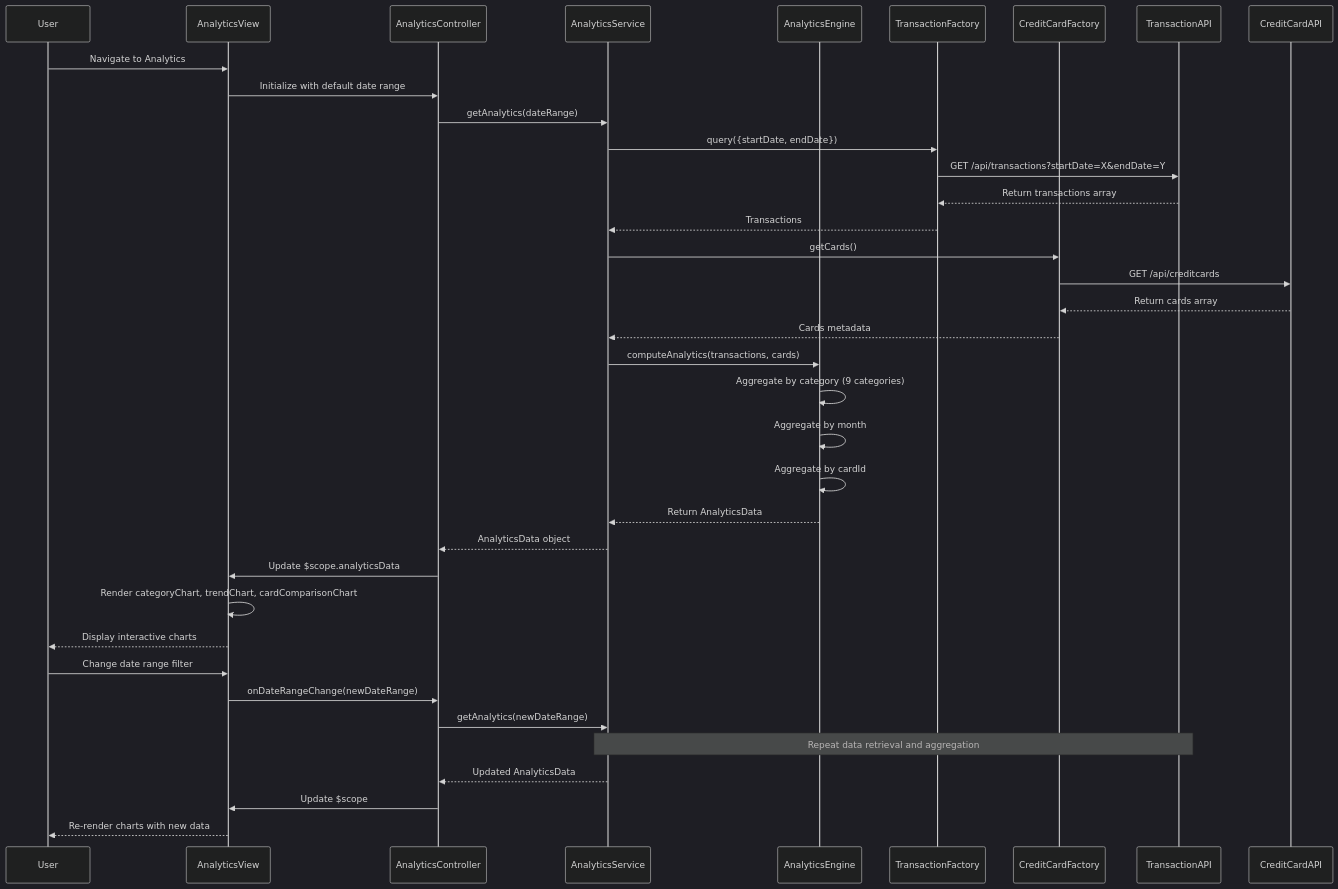
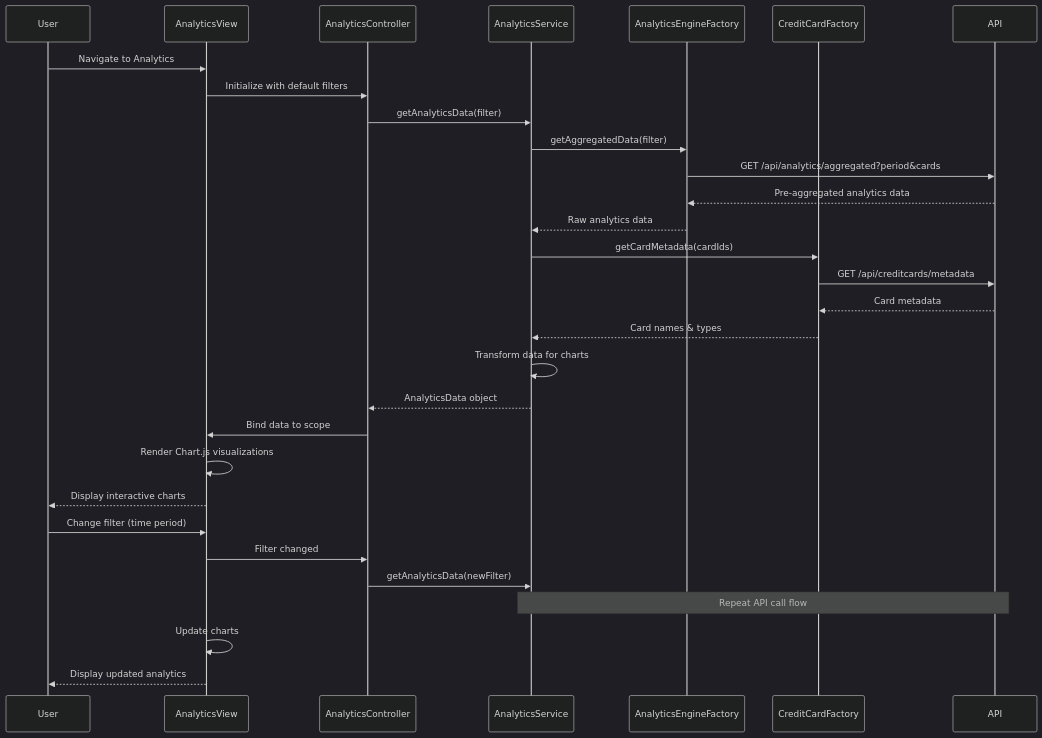
The diagram in LLD/QE-4645_LLD.md (Davamani-git/APB_Demo), drawn with Mermaid (dark theme) before and after one commit. The commit also changed other lines of this file and 2 other files, not shown here.

````diff
--- a/LLD/QE-4645_LLD.md
+++ b/LLD/QE-4645_LLD.md
@@ -105,40 +103,33 @@
 ```mermaid
 sequenceDiagram
     participant User
     participant AnalyticsView
     participant AnalyticsController
     participant AnalyticsService
-    participant AnalyticsEngine
-    participant TransactionFactory
+    participant AnalyticsEngineFactory
     participant CreditCardFactory
-    participant TransactionAPI
-    participant CreditCardAPI
+    participant API
 
     User->>AnalyticsView: Navigate to Analytics
-    AnalyticsView->>AnalyticsController: Initialize with default date range
-    AnalyticsController->>AnalyticsService: getAnalytics(dateRange)
-    AnalyticsService->>TransactionFactory: query({startDate, endDate})
-    TransactionFactory->>TransactionAPI: GET /api/transactions?startDate=X&endDate=Y
-    TransactionAPI-->>TransactionFactory: Return transactions array
-    TransactionFactory-->>AnalyticsService: Transactions
-    AnalyticsService->>CreditCardFactory: getCards()
-    CreditCardFactory->>CreditCardAPI: GET /api/creditcards
-    CreditCardAPI-->>CreditCardFactory: Return cards array
-    CreditCardFactory-->>AnalyticsService: Cards metadata
-    AnalyticsService->>AnalyticsEngine: computeAnalytics(transactions, cards)
-    AnalyticsEngine->>AnalyticsEngine: Aggregate by category (9 categories)
-    AnalyticsEngine->>AnalyticsEngine: Aggregate by month
-    AnalyticsEngine->>AnalyticsEngine: Aggregate by cardId
-    AnalyticsEngine-->>AnalyticsService: Return AnalyticsData
+    AnalyticsView->>AnalyticsController: Initialize with default filters
+    AnalyticsController->>AnalyticsService: getAnalyticsData(filter)
+    AnalyticsService->>AnalyticsEngineFactory: getAggregatedData(filter)
+    AnalyticsEngineFactory->>API: GET /api/analytics/aggregated?period&cards
+    API-->>AnalyticsEngineFactory: Pre-aggregated analytics data
+    AnalyticsEngineFactory-->>AnalyticsService: Raw analytics data
+    AnalyticsService->>CreditCardFactory: getCardMetadata(cardIds)
+    CreditCardFactory->>API: GET /api/creditcards/metadata
+    API-->>CreditCardFactory: Card metadata
+    CreditCardFactory-->>AnalyticsService: Card names & types
+    AnalyticsService->>AnalyticsService: Transform data for charts
     AnalyticsService-->>AnalyticsController: AnalyticsData object
-    AnalyticsController->>AnalyticsView: Update $scope.analyticsData
-    AnalyticsView->>AnalyticsView: Render categoryChart, trendChart, cardComparisonChart
+    AnalyticsController->>AnalyticsView: Bind data to scope
+    AnalyticsView->>AnalyticsView: Render Chart.js visualizations
     AnalyticsView-->>User: Display interactive charts
-    User->>AnalyticsView: Change date range filter
-    AnalyticsView->>AnalyticsController: onDateRangeChange(newDateRange)
-    AnalyticsController->>AnalyticsService: getAnalytics(newDateRange)
-    Note over AnalyticsService,TransactionAPI: Repeat data retrieval and aggregation
-    AnalyticsService-->>AnalyticsController: Updated AnalyticsData
-    AnalyticsController->>AnalyticsView: Update $scope
-    AnalyticsView-->>User: Re-render charts with new data
+    User->>AnalyticsView: Change filter (time period)
+    AnalyticsView->>AnalyticsController: Filter changed
+    AnalyticsController->>AnalyticsService: getAnalyticsData(newFilter)
+    Note over AnalyticsService,API: Repeat API call flow
+    AnalyticsView->>AnalyticsView: Update charts
+    AnalyticsView-->>User: Display updated analytics
 ```
````
